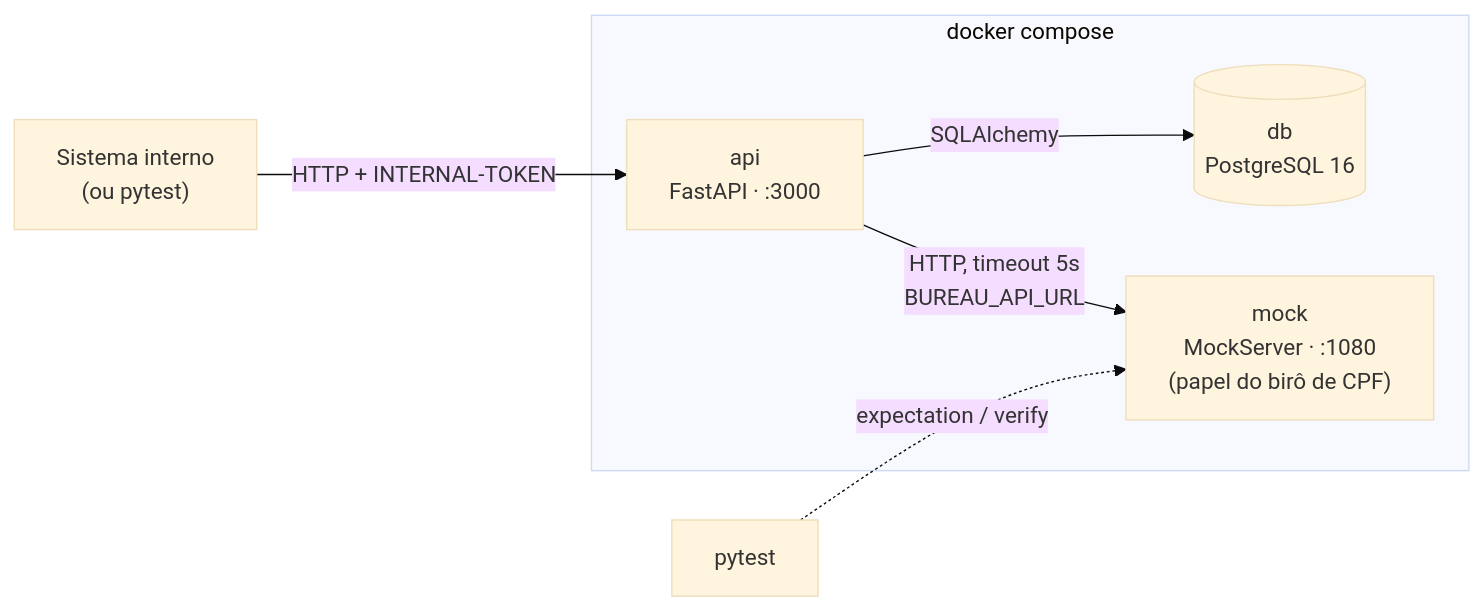
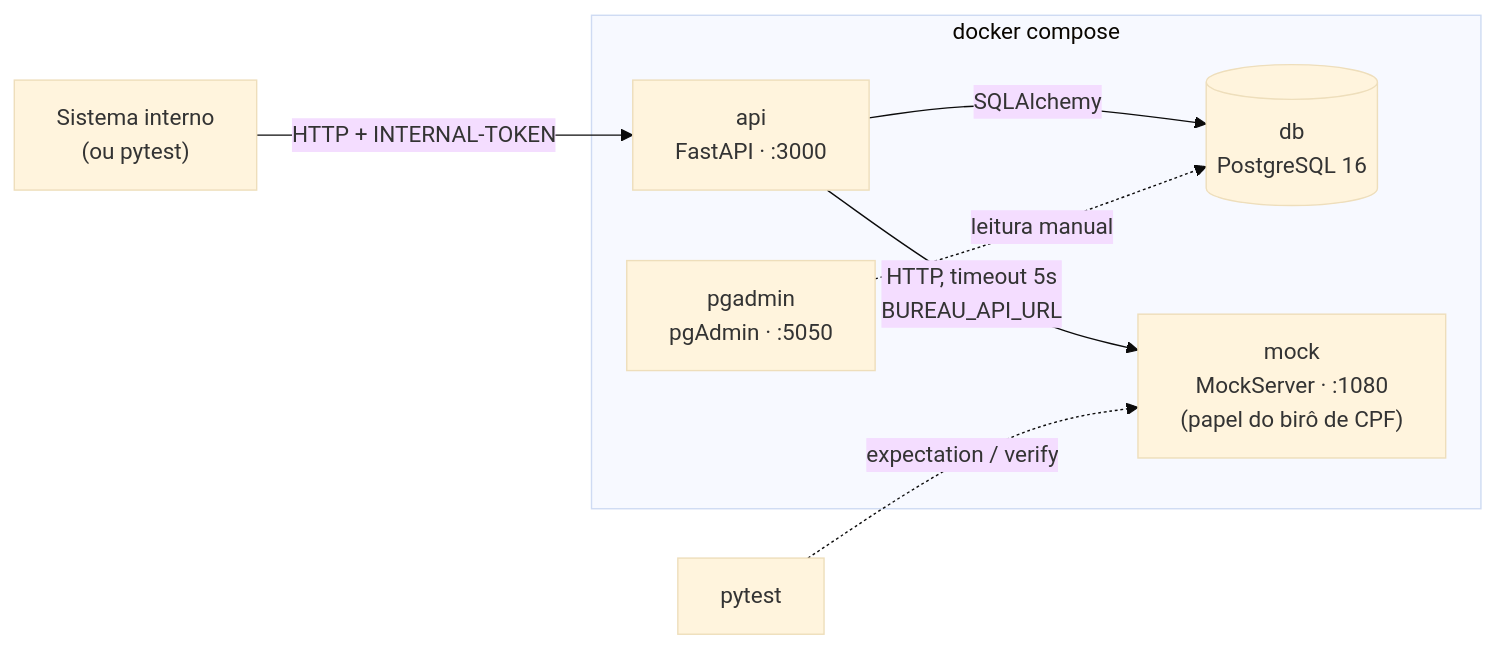
The first of 2 diagrams in docs/02-arquitetura/visao-geral.md (phprestes/Bootcamp-QI-Tech), drawn with Mermaid (base theme) before and after one commit. The commit also changed other lines of this file and 9 other files, not shown here.

````diff
--- a/docs/02-arquitetura/visao-geral.md
+++ b/docs/02-arquitetura/visao-geral.md
@@ -18,9 +18,10 @@
 ```mermaid
 flowchart LR
     caller["Sistema interno<br/>(ou pytest)"] -- "HTTP + INTERNAL-TOKEN" --> api
     subgraph compose["docker compose"]
         api["api<br/>FastAPI · :3000"] -- "SQLAlchemy" --> db[("db<br/>PostgreSQL 16")]
         api -- "HTTP, timeout 5s<br/>BUREAU_API_URL" --> mock["mock<br/>MockServer · :1080<br/>(papel do birô de CPF)"]
+        pgadmin["pgadmin<br/>pgAdmin · :5050"] -. "leitura manual" .-> db
     end
     pytest["pytest"] -. "expectation / verify" .-> mock
 ```
````
